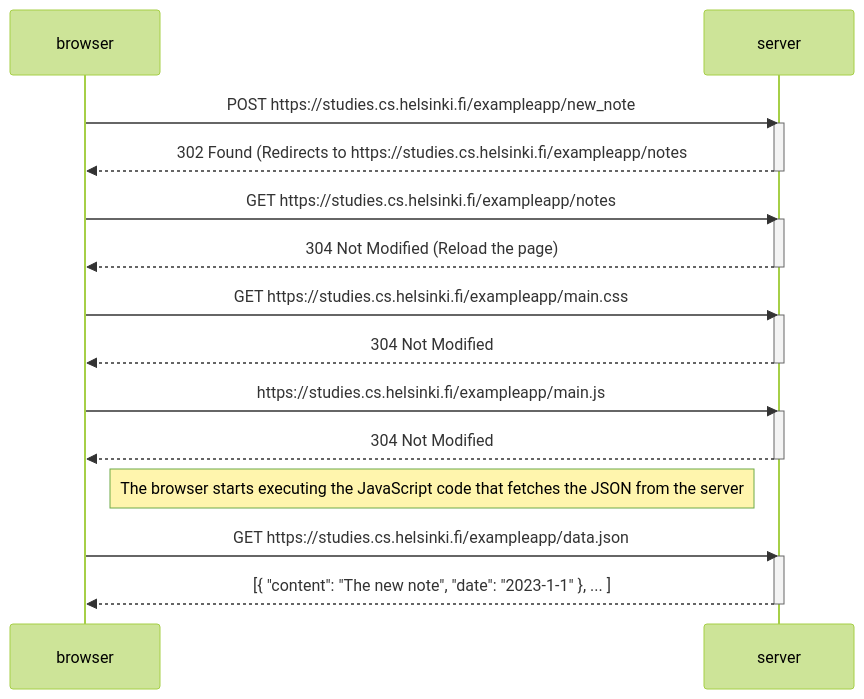
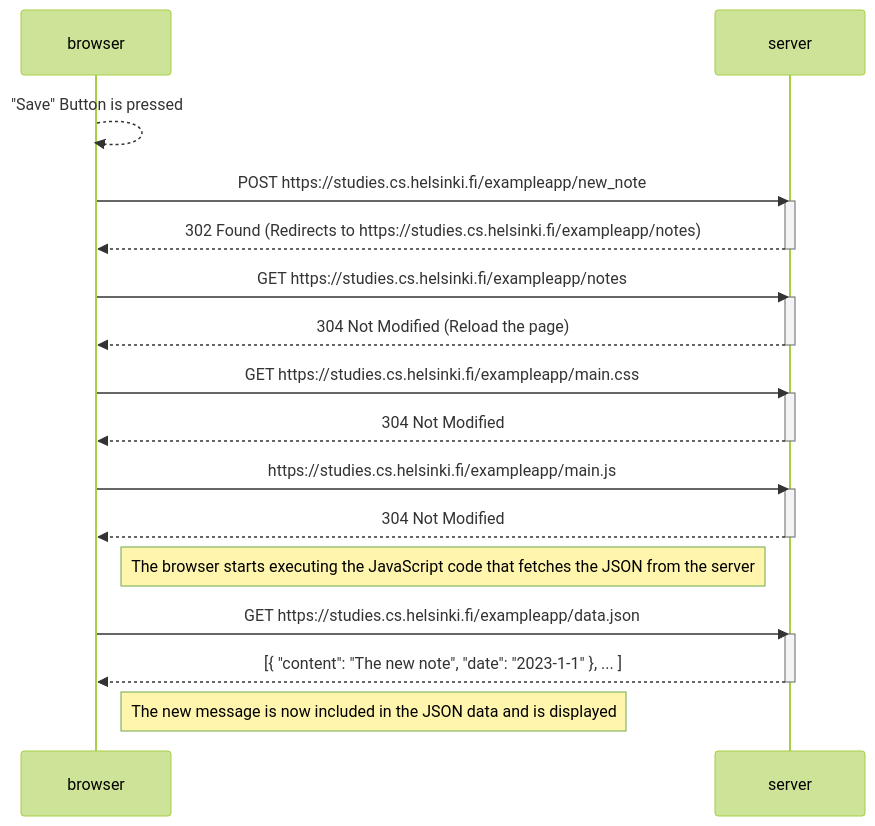
Before and after one commit to jKaarlehto/fullstackopen: the diagram in part0/0.4.md, drawn with Mermaid (forest theme).

Commit message:
Add notes to 0.4.md

````diff
--- a/part0/0.4.md
+++ b/part0/0.4.md
@@ -1,33 +1,36 @@
 ```mermaid
 sequenceDiagram
     participant browser
     participant server
+    
+    browser-->>browser: "Save" Button is pressed
 
     browser->>server: POST https://studies.cs.helsinki.fi/exampleapp/new_note
     activate server
-    server-->>browser: 302 Found (Redirects to https://studies.cs.helsinki.fi/exampleapp/notes
+    server-->>browser: 302 Found (Redirects to https://studies.cs.helsinki.fi/exampleapp/notes)
     deactivate server
 
     browser->>server: GET https://studies.cs.helsinki.fi/exampleapp/notes
     activate server
     server-->>browser: 304 Not Modified (Reload the page)
     deactivate server
 
     browser->>server: GET https://studies.cs.helsinki.fi/exampleapp/main.css
     activate server
     server-->>browser: 304 Not Modified
     deactivate server
 
     browser->>server: https://studies.cs.helsinki.fi/exampleapp/main.js
     activate server
     server-->>browser: 304 Not Modified
     deactivate server
 
     Note right of browser: The browser starts executing the JavaScript code that fetches the JSON from the server
 
     browser->>server: GET https://studies.cs.helsinki.fi/exampleapp/data.json
     activate server
     server-->>browser: [{ "content": "The new note", "date": "2023-1-1" }, ... ]
     deactivate server
 
+    Note right of browser: The new message is now included in the JSON data and is displayed
 ```
````
